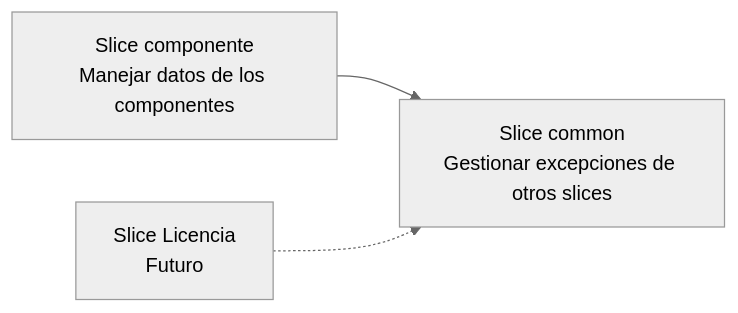
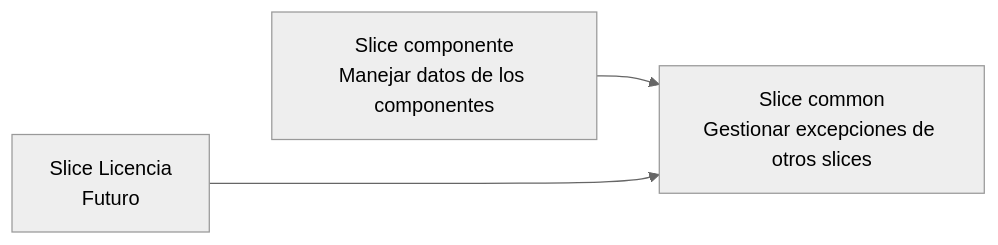
The diagram in documentation/gestion-errores.md (DBCris/Proyecto-Daily-Components), drawn with Mermaid (neutral theme) before and after one commit. The commit also changed 5 other files, not shown here.

````diff
--- a/documentation/gestion-errores.md
+++ b/documentation/gestion-errores.md
@@ -5,6 +5,6 @@
 ```mermaid
 flowchart LR
     P[Slice componente<br/>Manejar datos de los componentes] --> E
     E[Slice common<br/>Gestionar excepciones de otros slices]
-    T[Slice Licencia<br/>Futuro] -.-> E
+    T[Slice Licencia<br/>Futuro] ---> E
 ```
````
